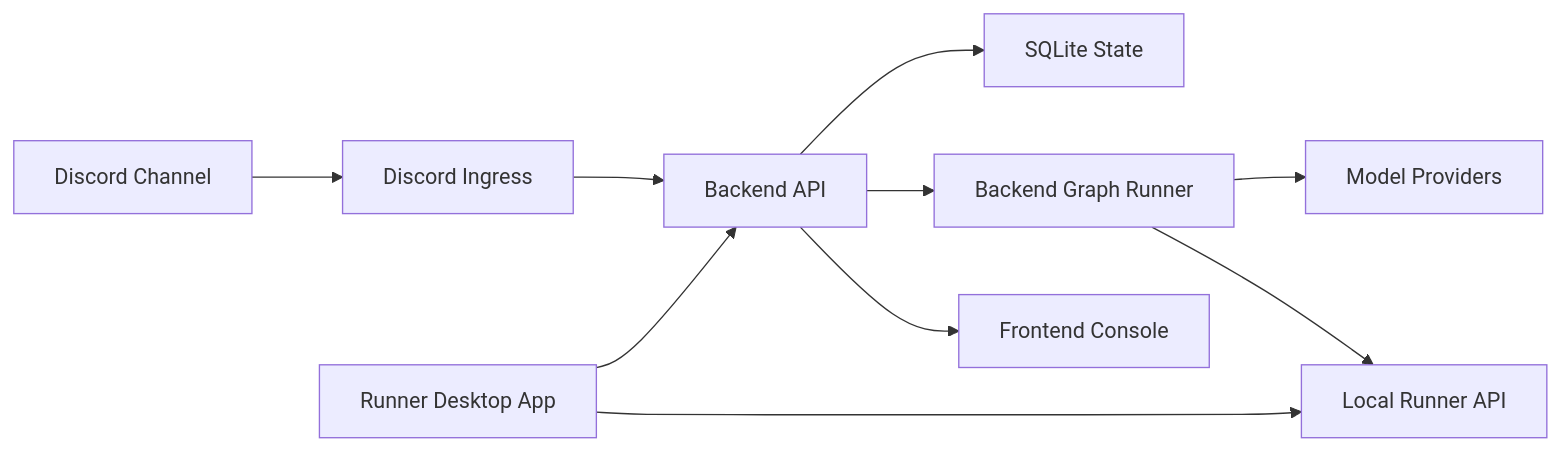
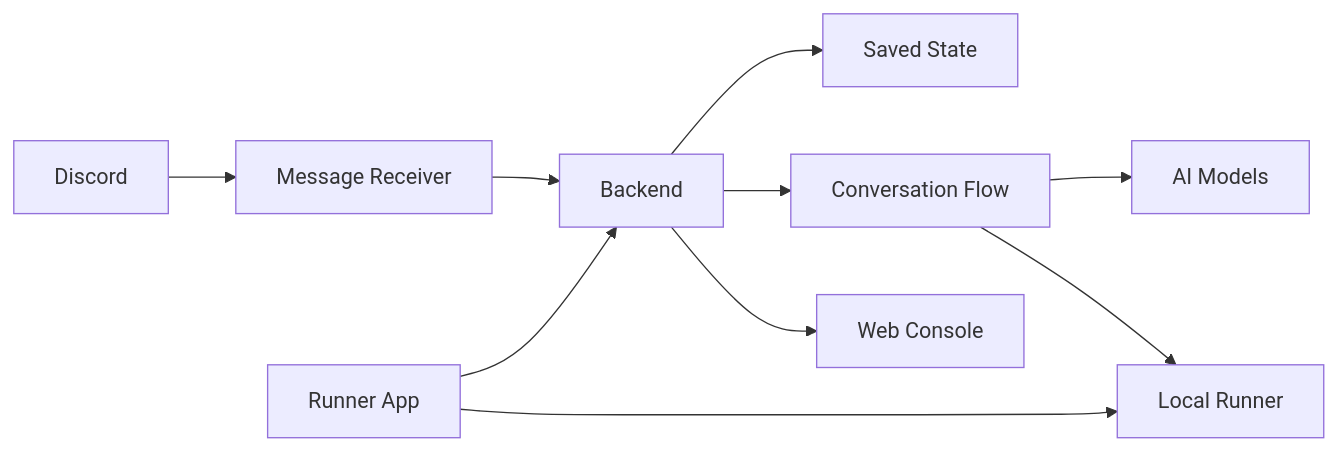
The diagram in README.md (OnionKimchi/control-room-portfolio), drawn with Mermaid before and after one commit. The commit also changed other lines of this file, not shown here.

````diff
--- a/README.md
+++ b/README.md
@@ -27,12 +31,12 @@
 ```mermaid
 flowchart LR
-  Discord["Discord Channel"] --> Bot["Discord Ingress"]
-  Bot --> API["Backend API"]
-  API --> Store["SQLite State"]
-  API --> Graph["Backend Graph Runner"]
-  Graph --> Models["Model Providers"]
-  Graph --> Runner["Local Runner API"]
-  API --> Web["Frontend Console"]
-  RunnerApp["Runner Desktop App"] --> API
+  Discord["Discord"] --> Bot["Message Receiver"]
+  Bot --> API["Backend"]
+  API --> Store["Saved State"]
+  API --> Flow["Conversation Flow"]
+  Flow --> Models["AI Models"]
+  Flow --> Runner["Local Runner"]
+  API --> Web["Web Console"]
+  RunnerApp["Runner App"] --> API
   RunnerApp --> Runner
 ```
````
